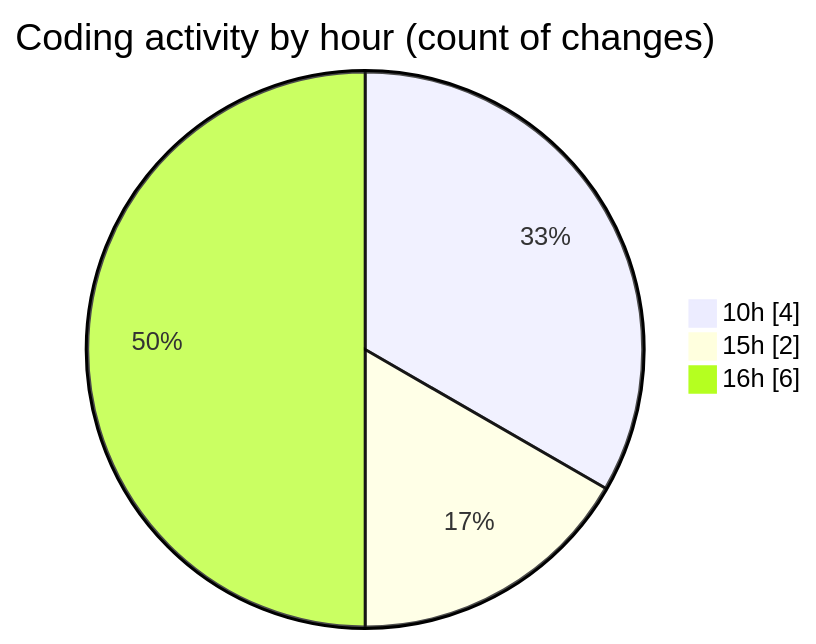
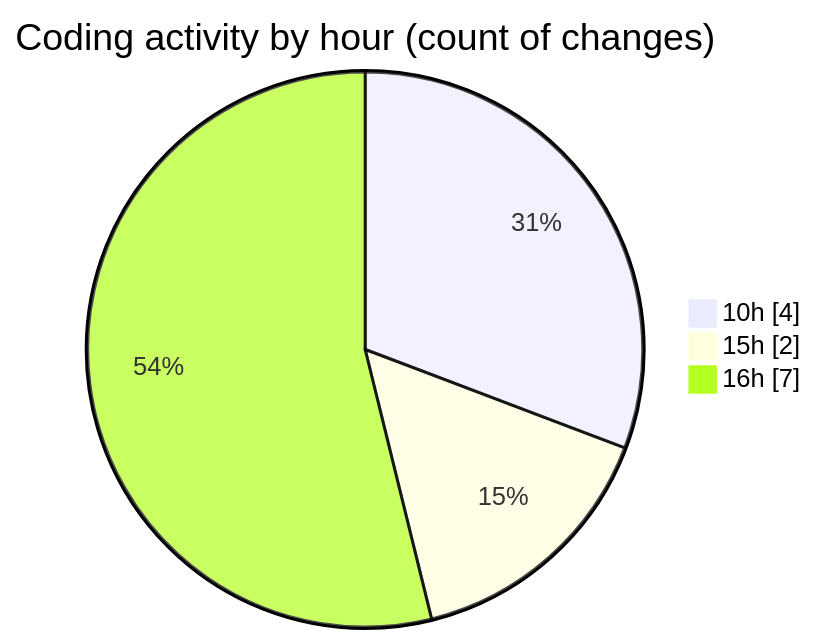
Before and after one commit to igalym/code-tracking: the second of 2 diagrams in 2026-03-03/typescript/README.md, drawn with Mermaid. The commit also changed other lines of this file and 1 other file, not shown here.

````diff
--- a/2026-03-03/typescript/README.md
+++ b/2026-03-03/typescript/README.md
@@ -30,7 +30,7 @@
 ```mermaid
 pie showData
 title Coding activity by hour (count of changes)
 "10h" : 4
 "15h" : 2
-"16h" : 6
+"16h" : 7
 ```
````
